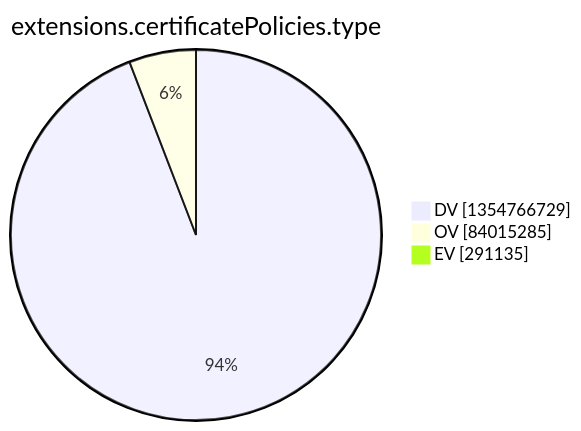
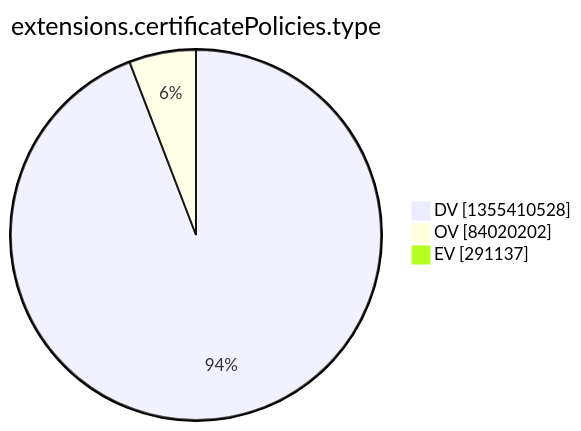
One commit to christiankrug/ctmonitor_visualization changed the tenth of 15 diagrams in argon2022/README.md. Above: the diagram before and after it, drawn with Mermaid. The commit also changed other lines of this file, not shown here.

````diff
--- a/argon2022/README.md
+++ b/argon2022/README.md
@@ -2773,7 +2773,7 @@
 ```mermaid
 pie showData
 title extensions.certificatePolicies.type
-"DV" :1354766729
-"OV" :84015285
-"EV" :291135
+"DV" :1355410528
+"OV" :84020202
+"EV" :291137
 ```
````
